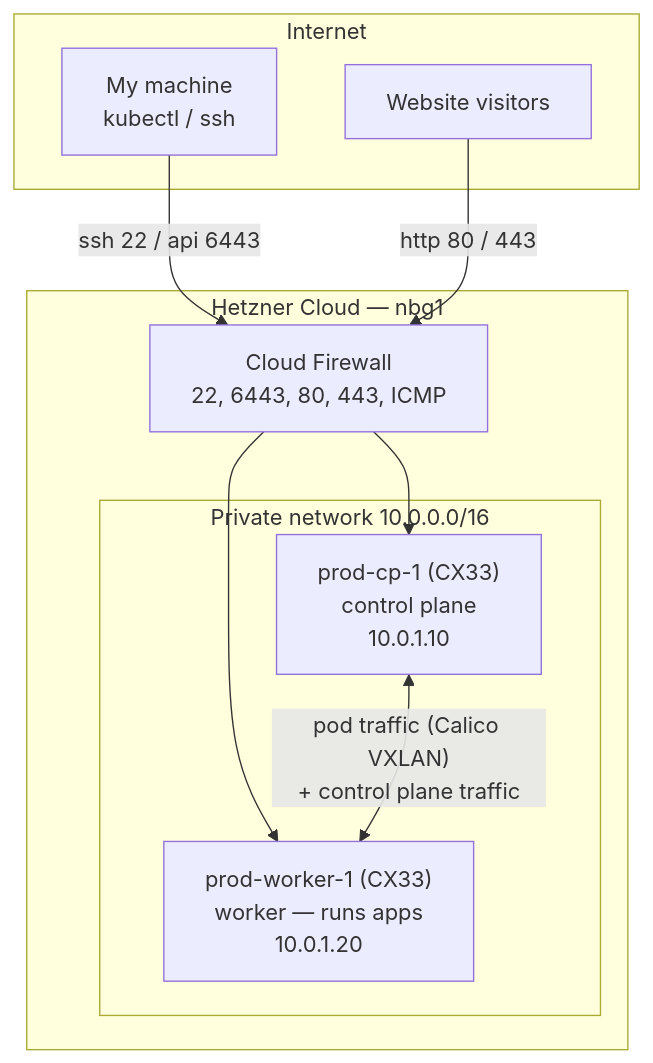
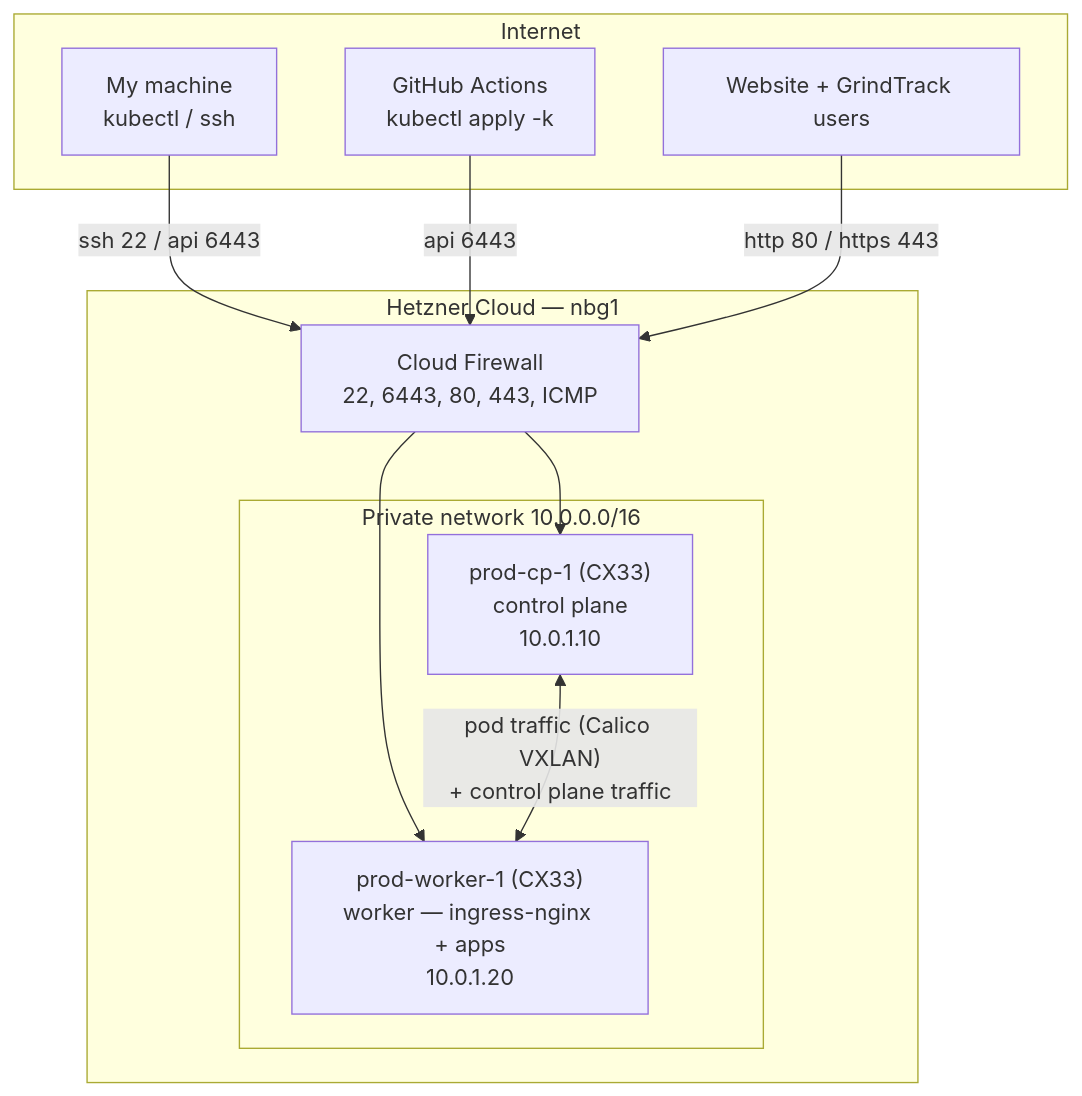
Before and after one commit to caseythecoder90/k8s-cluster-hetzner: the diagram in README.md, drawn with Mermaid. The commit also changed other lines of this file and 154 other files, not shown here.

````diff
--- a/README.md
+++ b/README.md
@@ -26,21 +33,23 @@
 ```mermaid
 flowchart TB
     subgraph internet[Internet]
         me[My machine<br/>kubectl / ssh]
-        users[Website visitors]
+        users[Website + GrindTrack users]
+        gha[GitHub Actions<br/>kubectl apply -k]
     end
 
     subgraph hetzner[Hetzner Cloud — nbg1]
         fw[Cloud Firewall<br/>22, 6443, 80, 443, ICMP]
         subgraph net[Private network 10.0.0.0/16]
             cp["prod-cp-1 (CX33)<br/>control plane<br/>10.0.1.10"]
-            w1["prod-worker-1 (CX33)<br/>worker — runs apps<br/>10.0.1.20"]
+            w1["prod-worker-1 (CX33)<br/>worker — ingress-nginx + apps<br/>10.0.1.20"]
         end
     end
 
     me -->|ssh 22 / api 6443| fw
-    users -->|http 80 / 443| fw
+    gha -->|api 6443| fw
+    users -->|http 80 / https 443| fw
     fw --> cp
     fw --> w1
     cp <-->|"pod traffic (Calico VXLAN)<br/>+ control plane traffic"| w1
 ```
````
